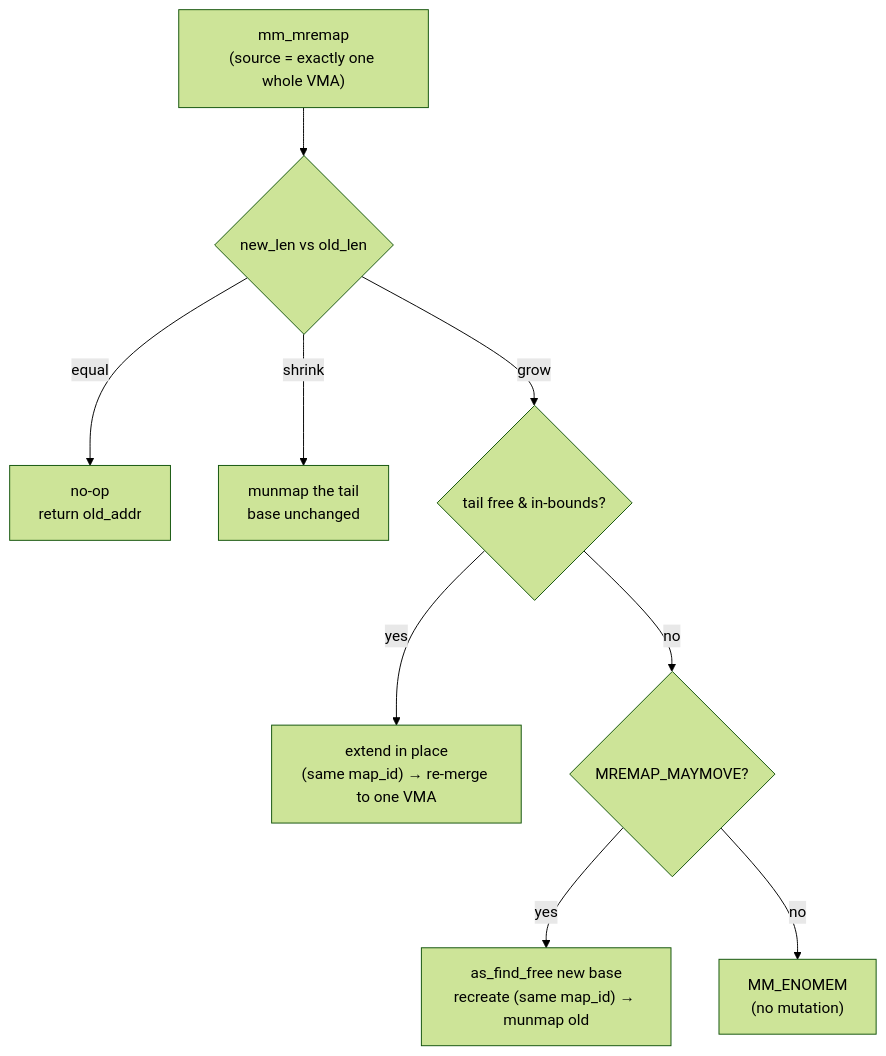
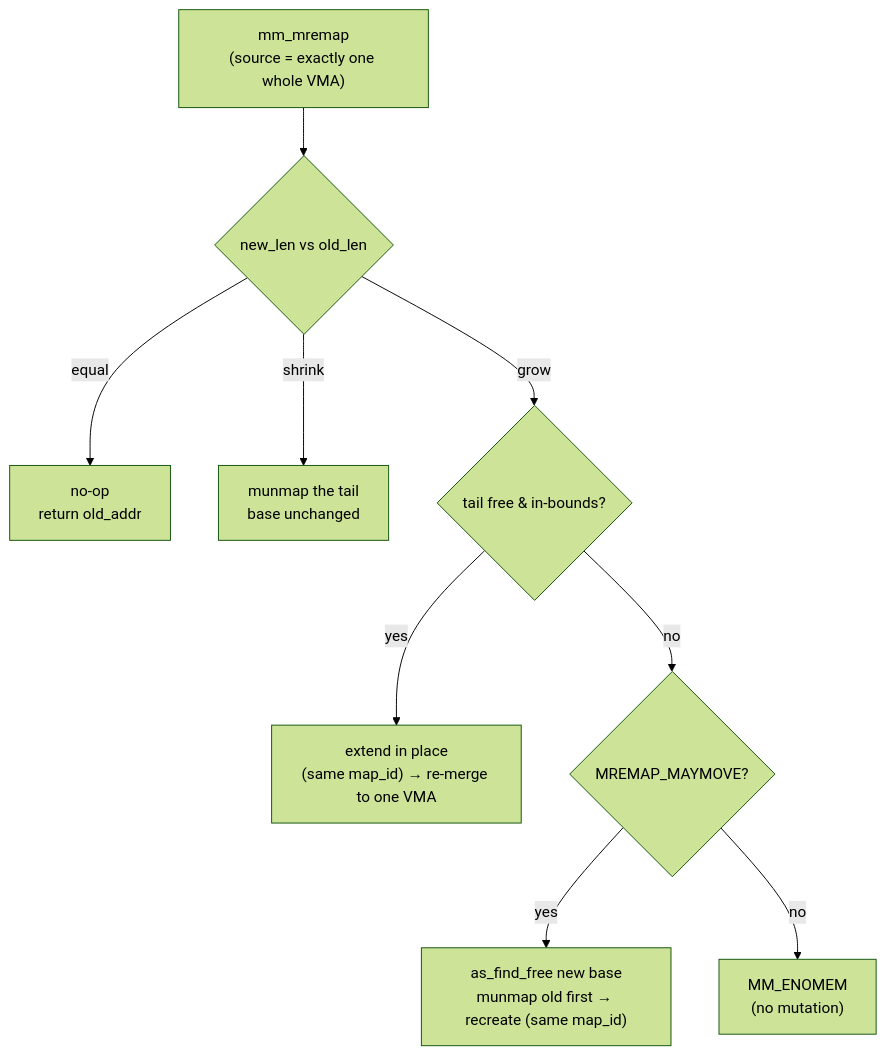
Before and after one commit to 4ge32/mmap: the second of 2 diagrams in docs/mmap_model_spec.md, drawn with Mermaid (forest theme). The commit also changed other lines of this file and 1 other file, not shown here.

````diff
--- a/docs/mmap_model_spec.md
+++ b/docs/mmap_model_spec.md
@@ -143,11 +145,11 @@
 ```mermaid
 flowchart TD
   A["mm_mremap<br/>(source = exactly one whole VMA)"] --> B{new_len vs old_len}
   B -->|equal| C["no-op<br/>return old_addr"]
   B -->|shrink| D["munmap the tail<br/>base unchanged"]
   B -->|grow| E{tail free &amp; in-bounds?}
   E -->|yes| F["extend in place<br/>(same map_id) → re-merge to one VMA"]
   E -->|no| G{MREMAP_MAYMOVE?}
-  G -->|yes| H["as_find_free new base<br/>recreate (same map_id) → munmap old"]
+  G -->|yes| H["as_find_free new base<br/>munmap old first → recreate (same map_id)"]
   G -->|no| I["MM_ENOMEM<br/>(no mutation)"]
 ```
````
